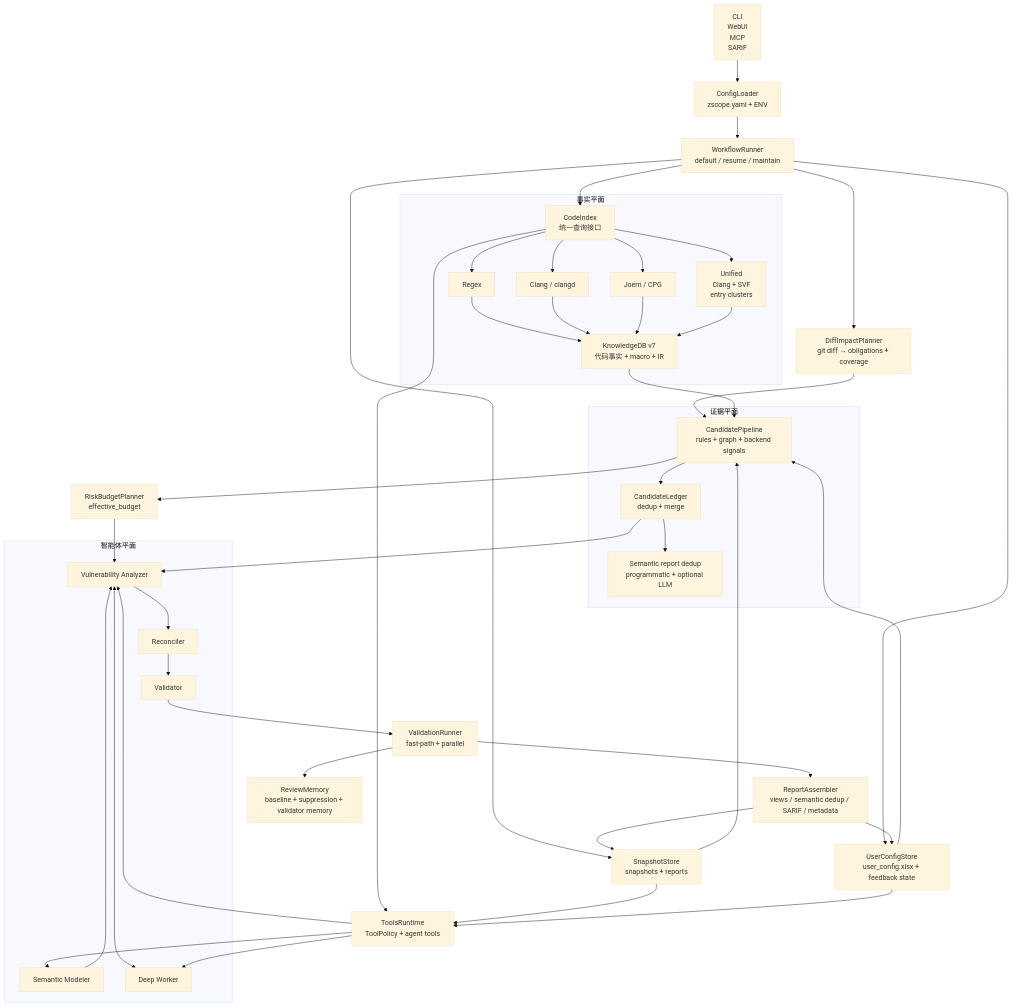
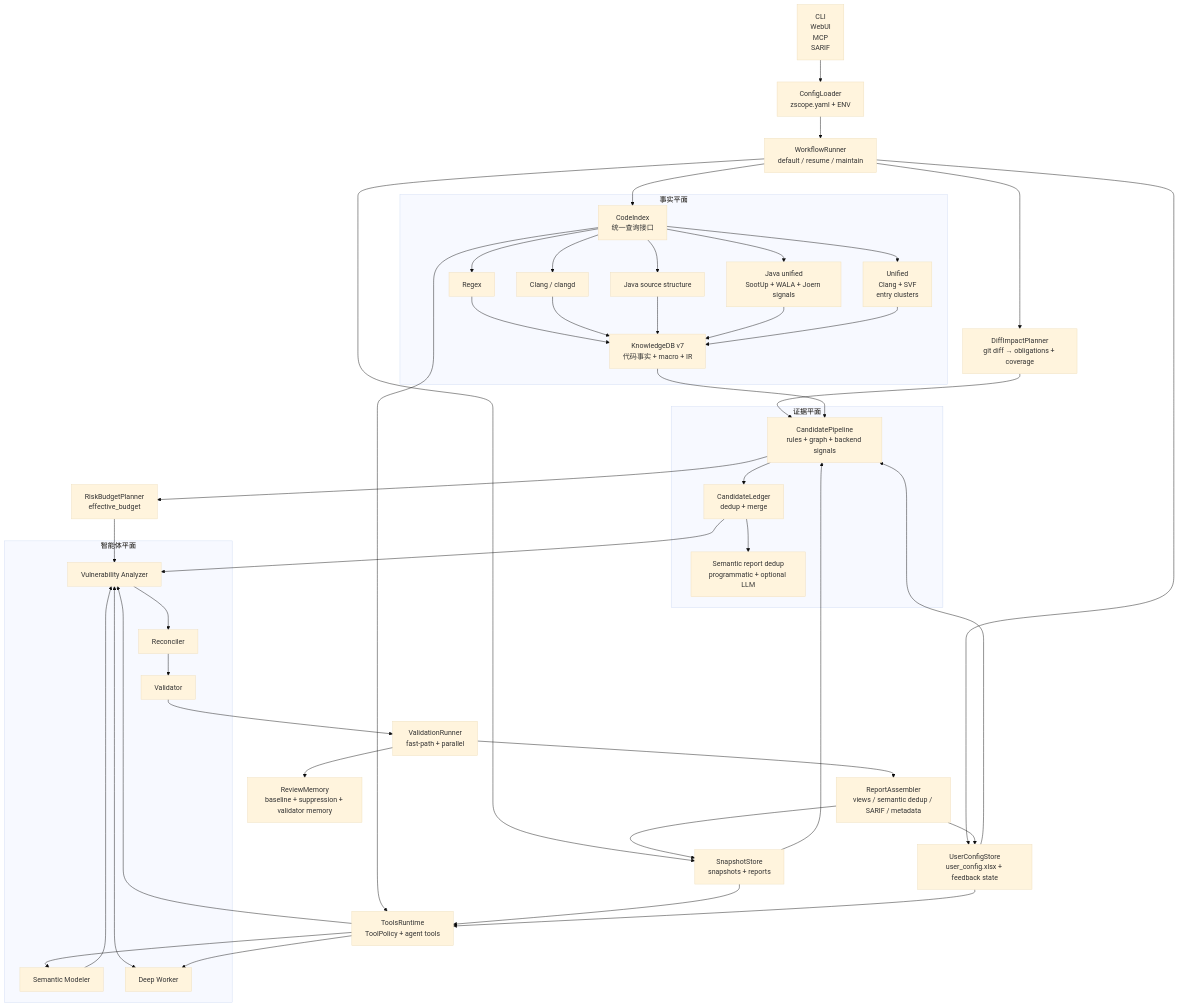
The diagram in docs/architecture.md (zealousness/Z-Scope), drawn with Mermaid (base theme) before and after one commit. The commit also changed other lines of this file and 148 other files, not shown here.

````diff
--- a/docs/architecture.md
+++ b/docs/architecture.md
@@ -44,70 +44,72 @@
 ```mermaid
 flowchart TB
     Ingress["CLI<br/>WebUI<br/>MCP<br/>SARIF"]
     Config["ConfigLoader<br/>zscope.yaml + ENV"]
     Workflow["WorkflowRunner<br/>default / resume / maintain"]
     DiffImpact["DiffImpactPlanner<br/>git diff → obligations + coverage"]
 
     subgraph FactPlane["事实平面"]
         Index["CodeIndex<br/>统一查询接口"]
         Regex["Regex"]
         Clang["Clang / clangd"]
-        Joern["Joern / CPG"]
+        JavaSource["Java source structure"]
+        JavaUnified["Java unified<br/>SootUp + WALA + Joern signals"]
         Unified["Unified<br/>Clang + SVF<br/>entry clusters"]
         KDB["KnowledgeDB v7<br/>代码事实 + macro + IR"]
     end
 
     subgraph EvidencePlane["证据平面"]
         Candidate["CandidatePipeline<br/>rules + graph + backend signals"]
         Ledger["CandidateLedger<br/>dedup + merge"]
         SemanticDedup["Semantic report dedup<br/>programmatic + optional LLM"]
     end
 
     Budget["RiskBudgetPlanner<br/>effective_budget"]
     subgraph AgentPlane["智能体平面"]
         Modeler["Semantic Modeler"]
         Analyzer["Vulnerability Analyzer"]
         Worker["Deep Worker"]
         Reconciler["Reconciler"]
         Validator["Validator"]
     end
 
     Validation["ValidationRunner<br/>fast-path + parallel"]
     ReviewMemory["ReviewMemory<br/>baseline + suppression + validator memory"]
     Tools["ToolsRuntime<br/>ToolPolicy + agent tools"]
     Snapshot["SnapshotStore<br/>snapshots + reports"]
     UserCfg["UserConfigStore<br/>user_config.xlsx + feedback state"]
     Report["ReportAssembler<br/>views / semantic dedup / SARIF / metadata"]
 
     Ingress --> Config --> Workflow
     Workflow --> DiffImpact --> Candidate
     Workflow --> Index
     Index --> Regex --> KDB
     Index --> Clang --> KDB
-    Index --> Joern --> KDB
+    Index --> JavaSource --> KDB
+    Index --> JavaUnified --> KDB
     Index --> Unified --> KDB
     Workflow --> Snapshot
     Workflow --> UserCfg
     KDB --> Candidate
     Snapshot --> Candidate
     UserCfg --> Candidate
     Candidate --> Ledger
     Ledger --> SemanticDedup
     Candidate --> Budget
     Budget --> Analyzer
     Ledger --> Analyzer
     Modeler --> Analyzer
     Analyzer <--> Worker
     Analyzer --> Reconciler --> Validator
     Validator --> Validation
     Validation --> ReviewMemory
     Tools --> Modeler
     Tools --> Analyzer
     Tools --> Worker
     Index --> Tools
     Snapshot --> Tools
     UserCfg --> Tools
     Validation --> Report
     Report --> Snapshot
     Report --> UserCfg
 ```
````
